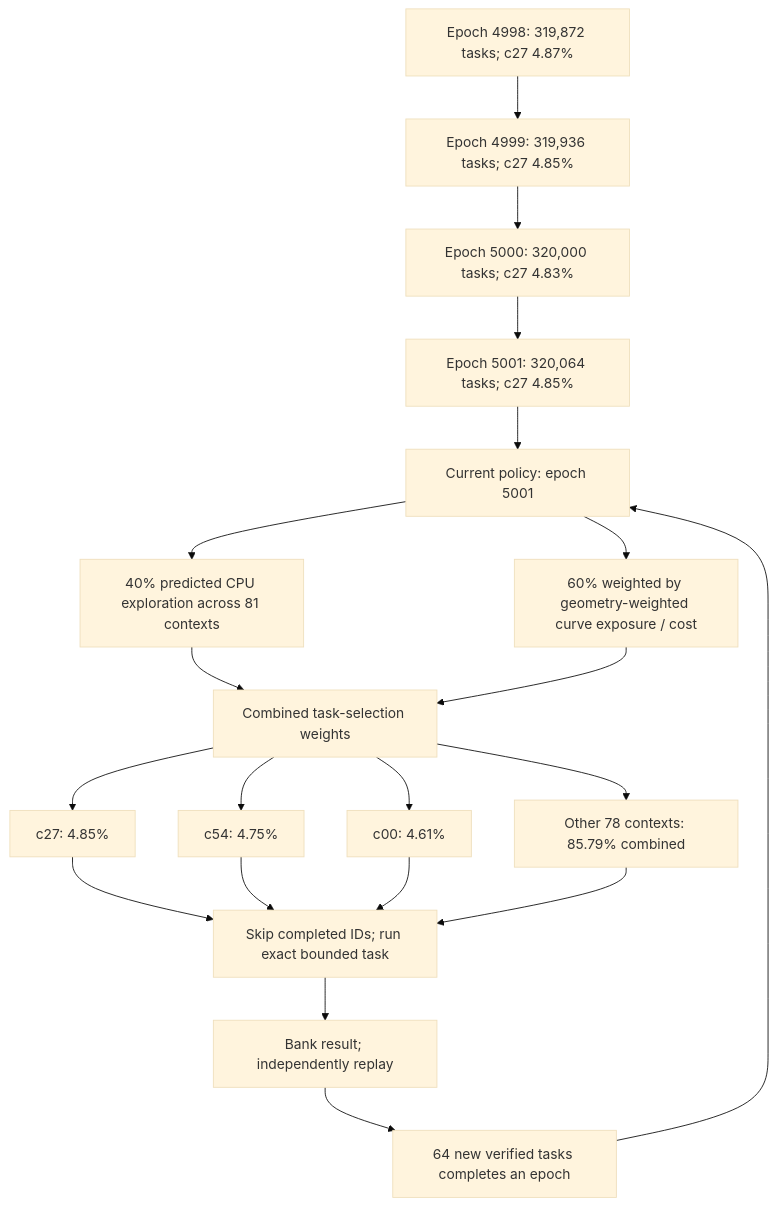
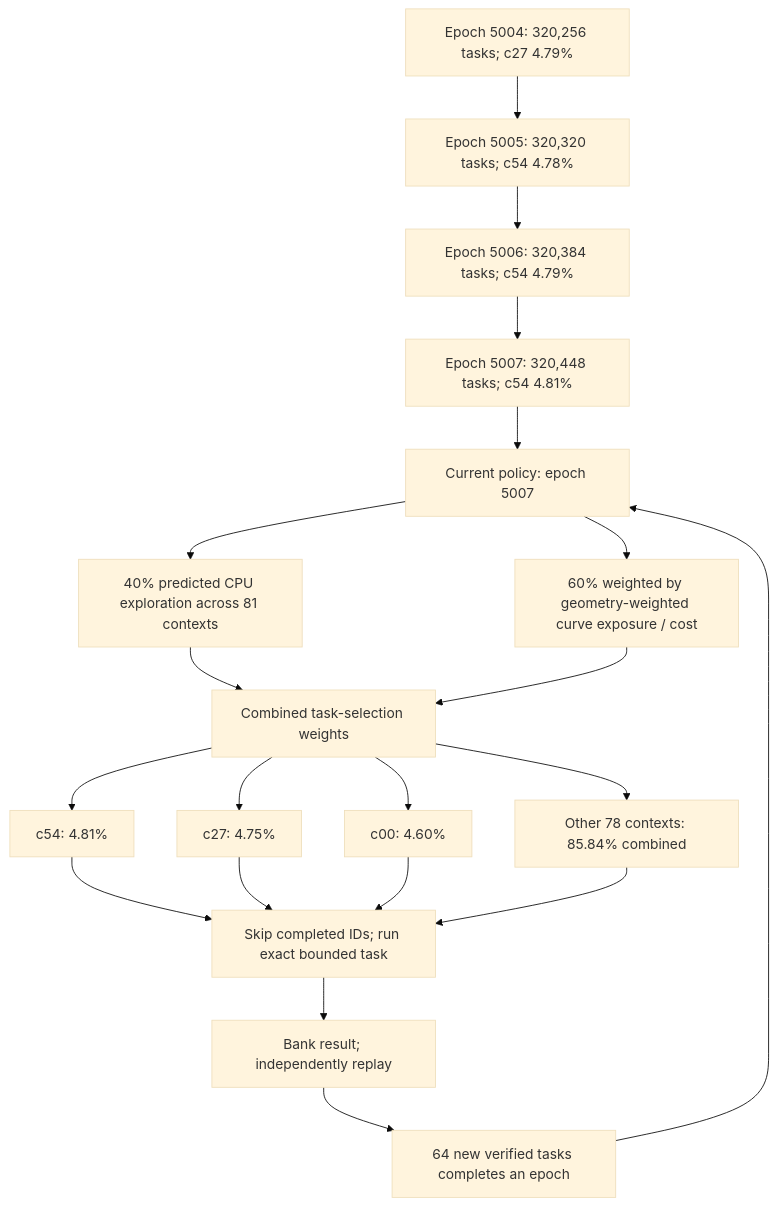
Before and after one commit to Kuberwastaken/math-gambling: the first of 3 diagrams in README.md, drawn with Mermaid (base theme). The commit also changed other lines of this file and 1185 other files, not shown here.

````diff
--- a/README.md
+++ b/README.md
@@ -60,27 +60,27 @@
 ```mermaid
 flowchart TD
-    H0["Epoch 4998: 319,872 tasks; c27 4.87%"]
-    H1["Epoch 4999: 319,936 tasks; c27 4.85%"]
+    H0["Epoch 5004: 320,256 tasks; c27 4.79%"]
+    H1["Epoch 5005: 320,320 tasks; c54 4.78%"]
     H0 --> H1
-    H2["Epoch 5000: 320,000 tasks; c27 4.83%"]
+    H2["Epoch 5006: 320,384 tasks; c54 4.79%"]
     H1 --> H2
-    H3["Epoch 5001: 320,064 tasks; c27 4.85%"]
+    H3["Epoch 5007: 320,448 tasks; c54 4.81%"]
     H2 --> H3
-    Policy["Current policy: epoch 5001"]
+    Policy["Current policy: epoch 5007"]
     H3 --> Policy
     Policy --> Explore["40% predicted CPU exploration across 81 contexts"]
     Policy --> Cost["60% weighted by geometry-weighted curve exposure / cost"]
     Explore --> Mix["Combined task-selection weights"]
     Cost --> Mix
-    Mix --> C0["c27: 4.85%"]
-    Mix --> C1["c54: 4.75%"]
-    Mix --> C2["c00: 4.61%"]
-    Mix --> Rest["Other 78 contexts: 85.79% combined"]
+    Mix --> C0["c54: 4.81%"]
+    Mix --> C1["c27: 4.75%"]
+    Mix --> C2["c00: 4.60%"]
+    Mix --> Rest["Other 78 contexts: 85.84% combined"]
     C0 --> Check["Skip completed IDs; run exact bounded task"]
     C1 --> Check
     C2 --> Check
     Rest --> Check
     Check --> Replay["Bank result; independently replay"]
     Replay --> Gate["64 new verified tasks completes an epoch"]
     Gate --> Policy
 ```
````
